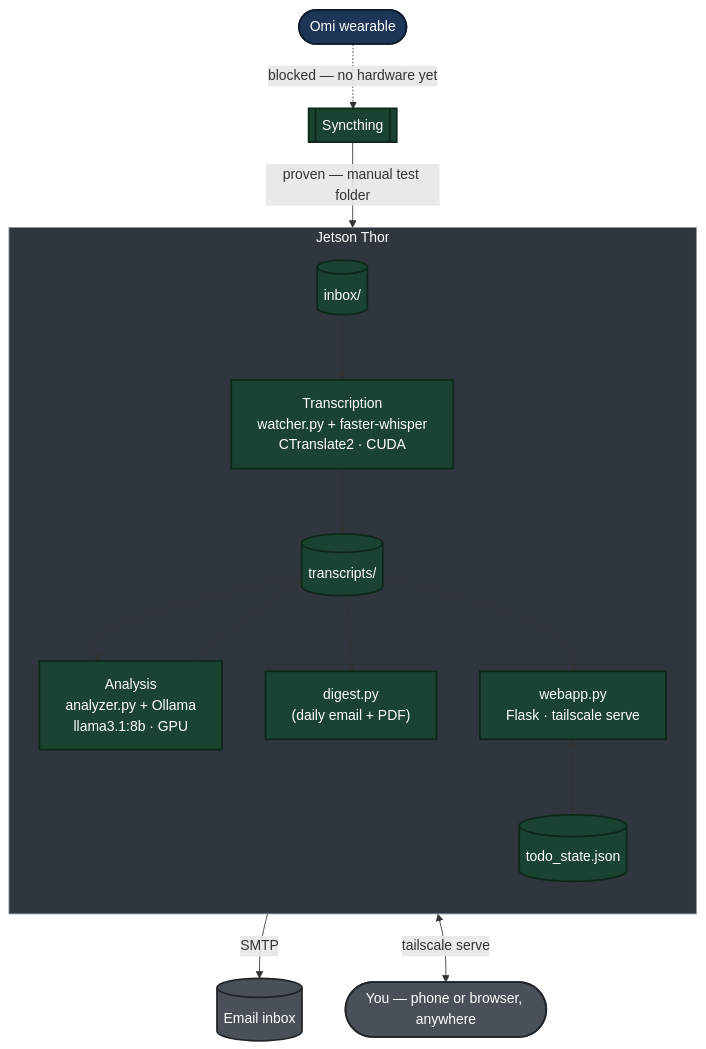
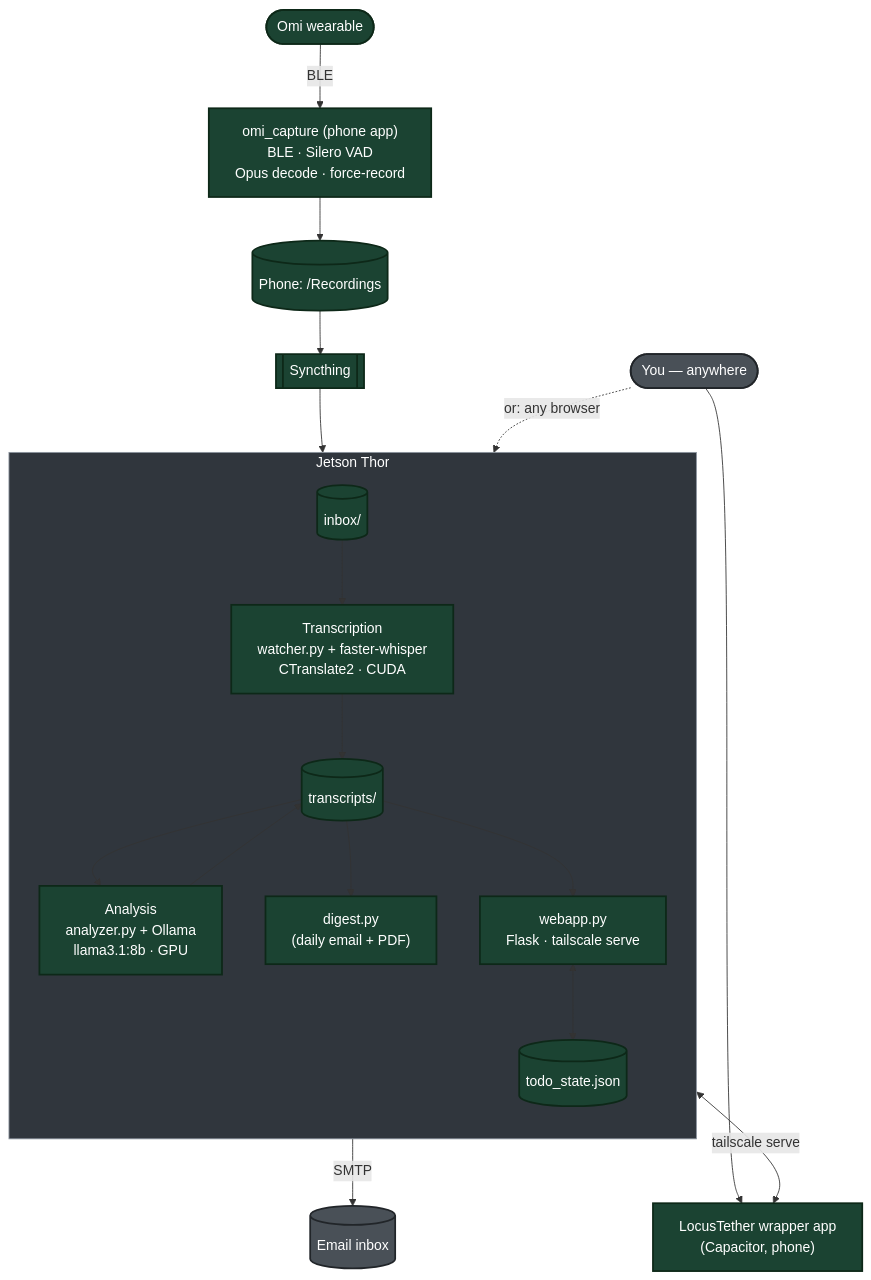
One commit to sneakysquid-git/locus-tether changed the diagram in README.md. Above: the diagram before and after it, drawn with Mermaid. The commit also changed other lines of this file, not shown here.

Commit message:
Rewrite README: document omi_capture and wrapper app, refresh known limitations

````diff
--- a/README.md
+++ b/README.md
@@ -137,42 +146,47 @@
 ```mermaid
 flowchart TB
     Omi(["Omi wearable"])
+    Capture["omi_capture (phone app)<br/>BLE · Silero VAD<br/>Opus decode · force-record"]
+    Recordings[("Phone: /Recordings")]
     Sync[["Syncthing"]]
 
     subgraph Thor["Jetson Thor"]
         direction TB
         Inbox[("inbox/")]
         Transcribe["Transcription<br/>watcher.py + faster-whisper<br/>CTranslate2 · CUDA"]
         Transcripts[("transcripts/")]
         Analysis["Analysis<br/>analyzer.py + Ollama<br/>llama3.1:8b · GPU"]
         Digest["digest.py<br/>(daily email + PDF)"]
         Webapp["webapp.py<br/>Flask · tailscale serve"]
         TodoState[("todo_state.json")]
 
         Inbox --> Transcribe
         Transcribe --> Transcripts
         Transcripts --> Analysis
         Analysis --> Transcripts
         Transcripts --> Digest
         Transcripts --> Webapp
         Webapp <--> TodoState
     end
 
     EmailInbox[("Email inbox")]
-    You(["You — phone or browser, anywhere"])
+    Wrapper["LocusTether wrapper app<br/>(Capacitor, phone)"]
+    You(["You — anywhere"])
 
-    Omi -.->|"blocked — no hardware yet"| Sync
-    Sync -->|"proven — manual test folder"| Inbox
+    Omi -->|BLE| Capture
+    Capture --> Recordings
+    Recordings --> Sync
+    Sync --> Inbox
     Digest -->|SMTP| EmailInbox
-    Webapp <-->|"tailscale serve"| You
+    Webapp <-->|"tailscale serve"| Wrapper
+    You --> Wrapper
+    You -.->|"or: any browser"| Webapp
 
     classDef done fill:#1b4332,stroke:#0d2818,color:#ffffff,stroke-width:2px
-    classDef planned fill:#1d3557,stroke:#0d1b2a,color:#ffffff,stroke-width:2px
     classDef extern fill:#495057,stroke:#212529,color:#ffffff,stroke-width:2px
 
-    class Omi planned
-    class Sync,Inbox,Transcribe,Transcripts,Analysis,Digest,Webapp,TodoState done
+    class Omi,Capture,Recordings,Sync,Inbox,Transcribe,Transcripts,Analysis,Digest,Webapp,TodoState,Wrapper done
     class You,EmailInbox extern
 
     style Thor fill:#30363d,stroke:#8b949e,color:#ffffff,stroke-width:1px
 ```
````
